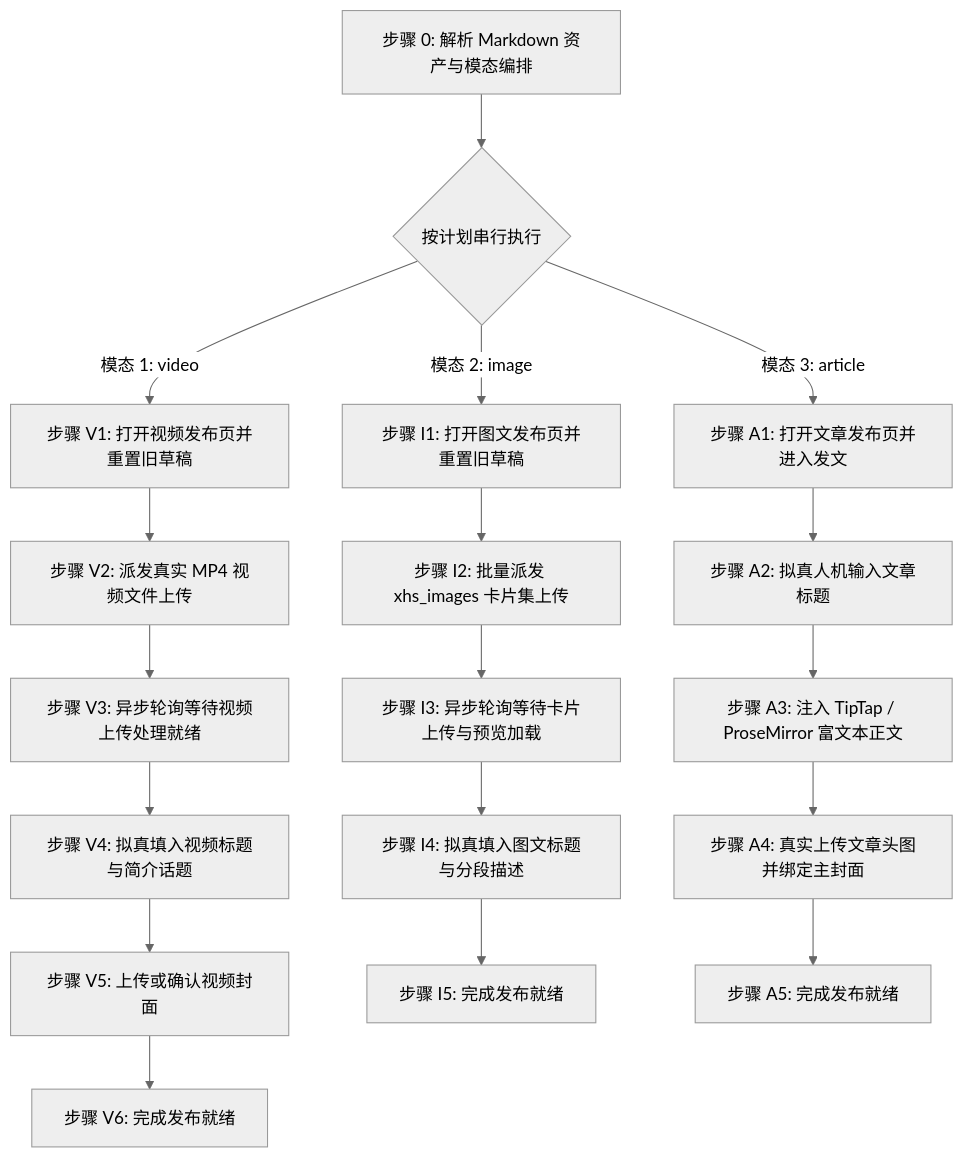
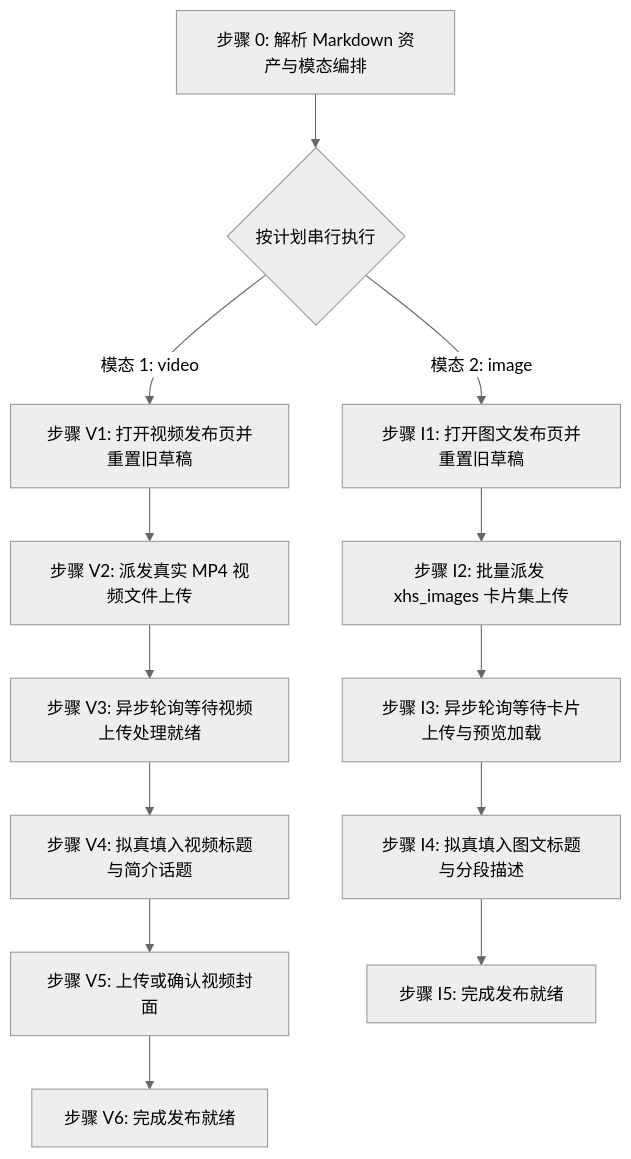
Before and after one commit to undsky/doudou-publish-skills: the diagram in skills/doudou-douyin/SKILL.md, drawn with Mermaid (neutral theme). The commit also changed other lines of this file and 3 other files, not shown here.

````diff
--- a/skills/doudou-douyin/SKILL.md
+++ b/skills/doudou-douyin/SKILL.md
@@ -12,23 +12,17 @@
 ```mermaid
 flowchart TD
     S0[步骤 0: 解析 Markdown 资产与模态编排] --> MP{按计划串行执行}
 
     MP -->|模态 1: video| V1[步骤 V1: 打开视频发布页并重置旧草稿]
     V1 --> V2[步骤 V2: 派发真实 MP4 视频文件上传]
     V2 --> V3[步骤 V3: 异步轮询等待视频上传处理就绪]
     V3 --> V4[步骤 V4: 拟真填入视频标题与简介话题]
     V4 --> V5[步骤 V5: 上传或确认视频封面]
     V5 --> V6[步骤 V6: 完成发布就绪]
 
     MP -->|模态 2: image| I1[步骤 I1: 打开图文发布页并重置旧草稿]
     I1 --> I2[步骤 I2: 批量派发 xhs_images 卡片集上传]
     I2 --> I3[步骤 I3: 异步轮询等待卡片上传与预览加载]
     I3 --> I4[步骤 I4: 拟真填入图文标题与分段描述]
     I4 --> I5[步骤 I5: 完成发布就绪]
-
-    MP -->|模态 3: article| A1[步骤 A1: 打开文章发布页并进入发文]
-    A1 --> A2[步骤 A2: 拟真人机输入文章标题]
-    A2 --> A3[步骤 A3: 注入 TipTap / ProseMirror 富文本正文]
-    A3 --> A4[步骤 A4: 真实上传文章头图并绑定主封面]
-    A4 --> A5[步骤 A5: 完成发布就绪]
 ```
````
